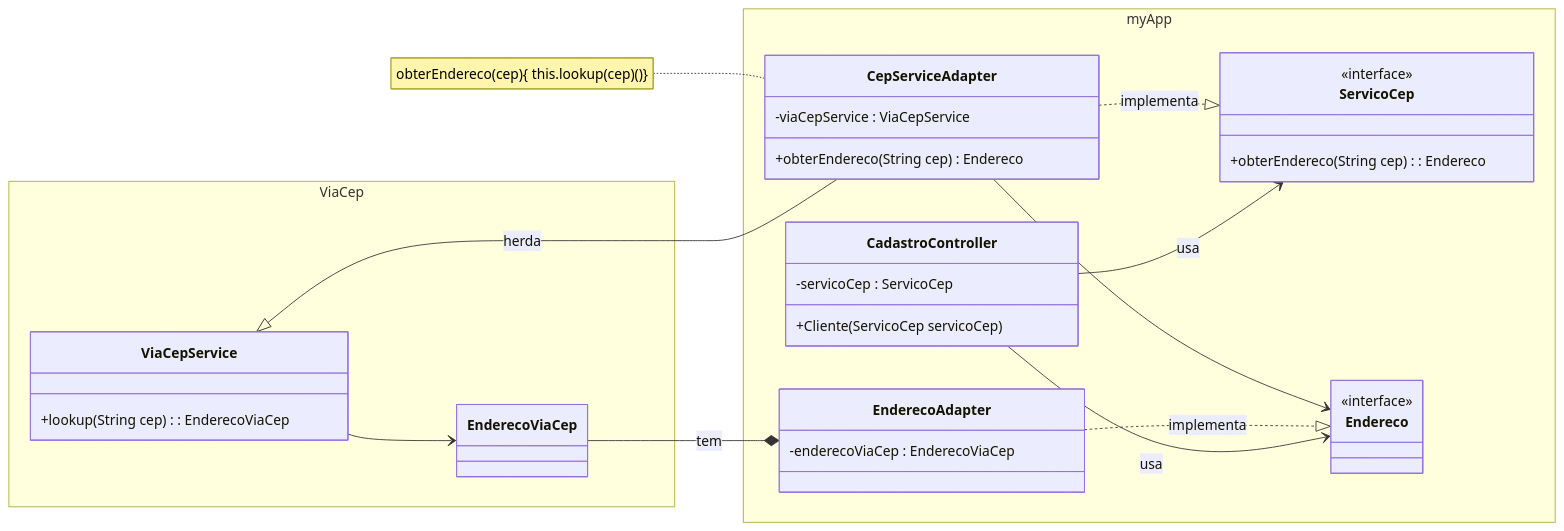
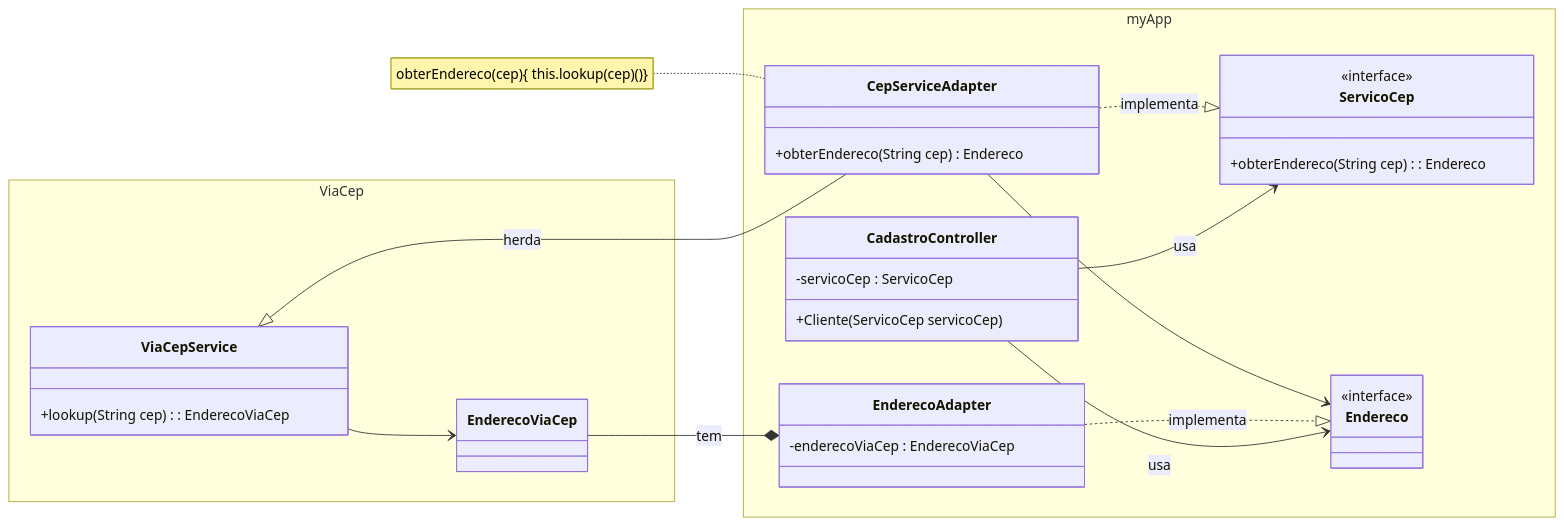
Before and after one commit to pooadoc/pooadoc.github.io: the fifth of 5 diagrams in docs/gof/adapter.md, drawn with Mermaid. The commit also changed other lines of this file, not shown here.

Commit message:
fix: corrigindo nome de classe e ajustando o diagrama na documentação do Adapter

````diff
--- a/docs/gof/adapter.md
+++ b/docs/gof/adapter.md
@@ -253,51 +253,50 @@
 ```mermaid
   classDiagram
   direction LR
 
   namespace myApp{
   class CadastroController {
     -servicoCep : ServicoCep
     +Cliente(ServicoCep servicoCep)
   }
 
   class ServicoCep {
     <<interface>>
     +obterEndereco(String cep): Endereco
   } 
   class Endereco {
     <<interface>>
   } 
 
  class CepServiceAdapter {
-    -viaCepService : ViaCepService
     +obterEndereco(String cep) Endereco
   }
   class EnderecoAdapter{
     -enderecoViaCep : EnderecoViaCep
   }
 }
 
   note for CepServiceAdapter "obterEndereco(cep){ this.lookup(cep)()}"
   CepServiceAdapter ..|> ServicoCep : implementa
   ViaCepService  <| -- CepServiceAdapter : herda
   CepServiceAdapter --> Endereco
 
   EnderecoAdapter ..|> Endereco : implementa
   EnderecoViaCep  --* EnderecoAdapter : tem
 
 
   CadastroController --> ServicoCep : usa 
   CadastroController --> Endereco : usa 
 
   namespace ViaCep{
   class ViaCepService {
     +lookup(String cep): EnderecoViaCep
   }
 
   class EnderecoViaCep
    
    
   }
   ViaCepService --> EnderecoViaCep
 
 ```
````
